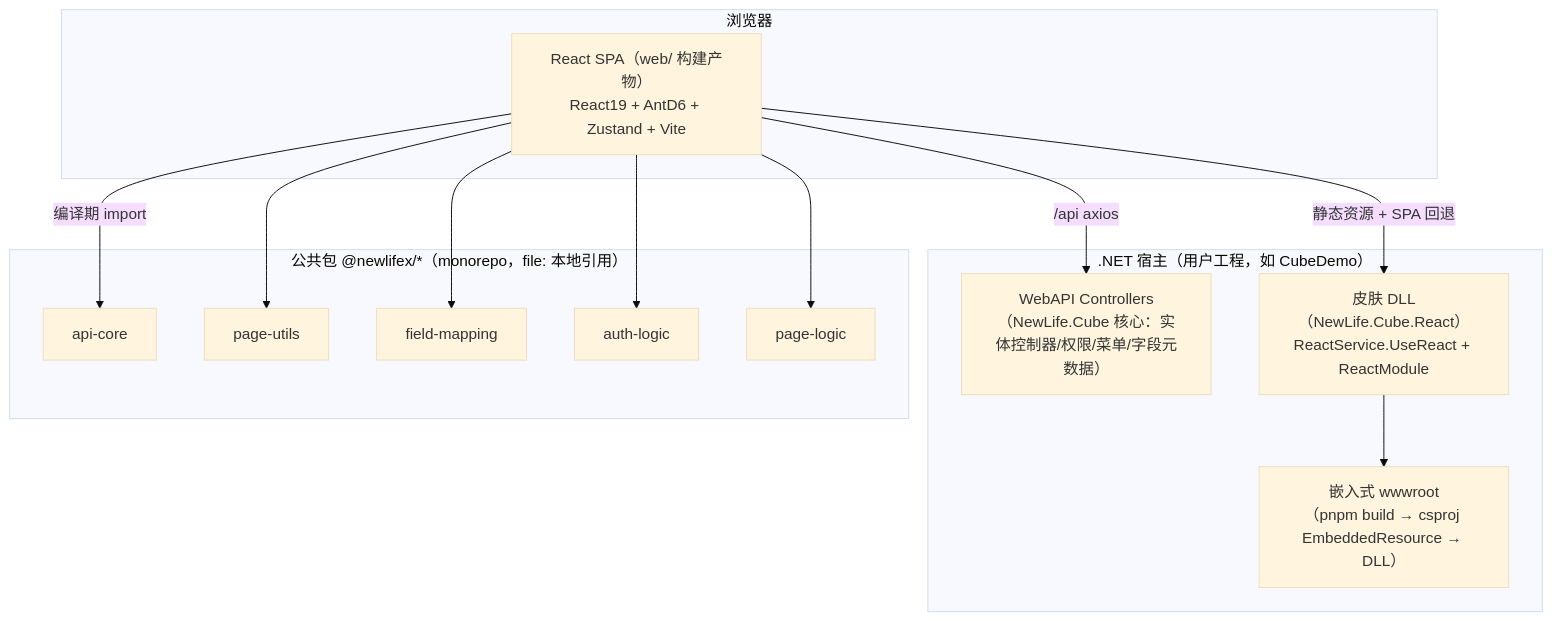
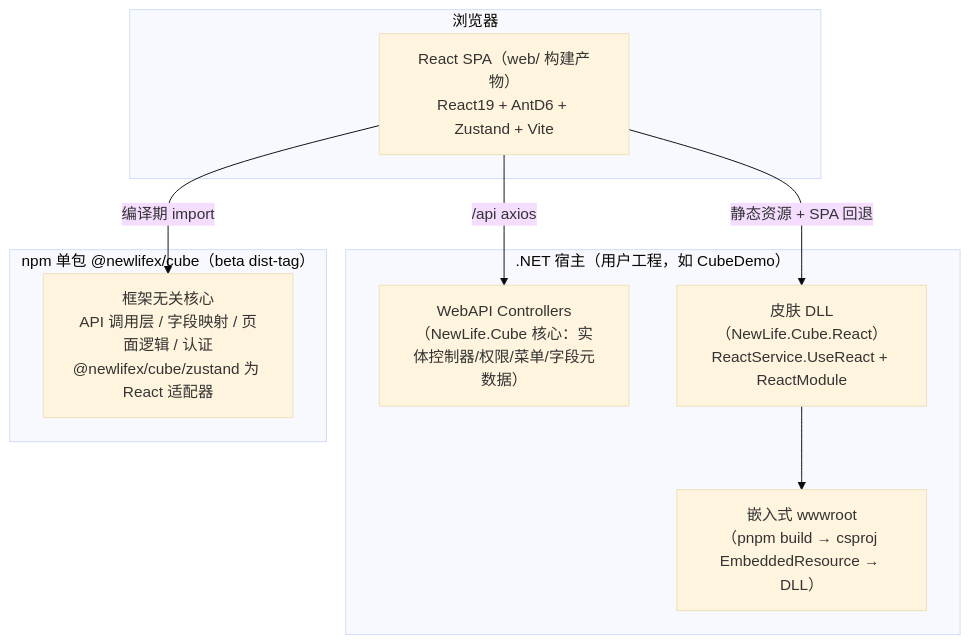
Before and after one commit to NewLifeX/NewLife.Cube.React: the first of 2 diagrams in Doc/架构设计.md, drawn with Mermaid (base theme). The commit also changed other lines of this file and 29 other files, not shown here.

````diff
--- a/Doc/架构设计.md
+++ b/Doc/架构设计.md
@@ -16,29 +16,21 @@
 ```mermaid
 flowchart TB
     subgraph 浏览器
         SPA["React SPA（web/ 构建产物）<br/>React19 + AntD6 + Zustand + Vite"]
     end
 
     subgraph ".NET 宿主（用户工程，如 CubeDemo）"
         API["WebAPI Controllers<br/>（NewLife.Cube 核心：实体控制器/权限/菜单/字段元数据）"]
         SKIN["皮肤 DLL（NewLife.Cube.React）<br/>ReactService.UseReact + ReactModule"]
         EMBED["嵌入式 wwwroot<br/>（pnpm build → csproj EmbeddedResource → DLL）"]
     end
 
-    subgraph "公共包 @newlifex/*（monorepo，file: 本地引用）"
-        P1["api-core"]
-        P2["page-utils"]
-        P3["field-mapping"]
-        P4["auth-logic"]
-        P5["page-logic"]
+    subgraph "npm 单包 @newlifex/cube（beta dist-tag）"
+        P1["框架无关核心<br/>API 调用层 / 字段映射 / 页面逻辑 / 认证<br/>@newlifex/cube/zustand 为 React 适配器"]
     end
 
     SPA -->|"/api  axios"| API
     SPA -->|"静态资源 + SPA 回退"| SKIN
     SKIN --> EMBED
     SPA -->|"编译期 import"| P1
-    SPA --> P2
-    SPA --> P3
-    SPA --> P4
-    SPA --> P5
 ```
````
